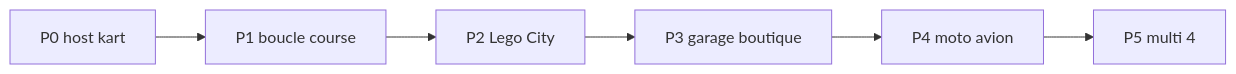
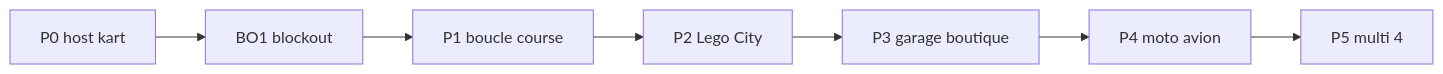
One commit to naanouff/Brick-Racer changed the diagram in docs/plans/roadmap.md. Above: the diagram before and after it, drawn with Mermaid. The commit also changed other lines of this file and 313 other files, not shown here.

First line of the commit message:
feat: lego kart host, UI mockups, and proving-grounds blockout sprint

````diff
--- a/docs/plans/roadmap.md
+++ b/docs/plans/roadmap.md
@@ -16,8 +18,9 @@
 ```mermaid
 flowchart LR
-  P0[P0 host kart] --> P1[P1 boucle course]
+  P0[P0 host kart] --> BO1[BO1 blockout]
+  BO1 --> P1[P1 boucle course]
   P1 --> P2[P2 Lego City]
   P2 --> P3[P3 garage boutique]
   P3 --> P4[P4 moto avion]
   P4 --> P5[P5 multi 4]
 ```
````
